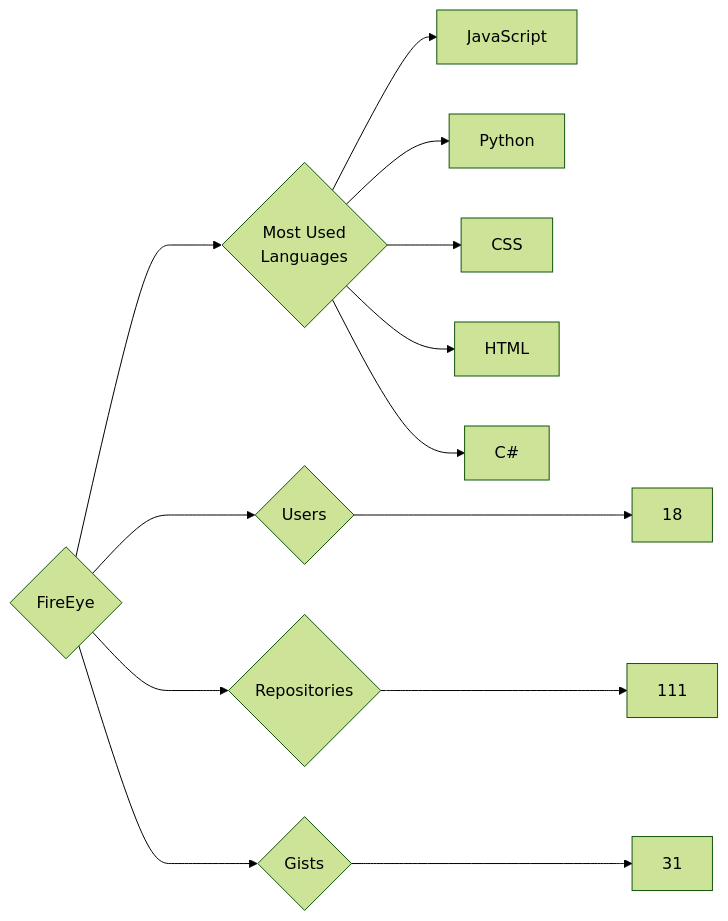
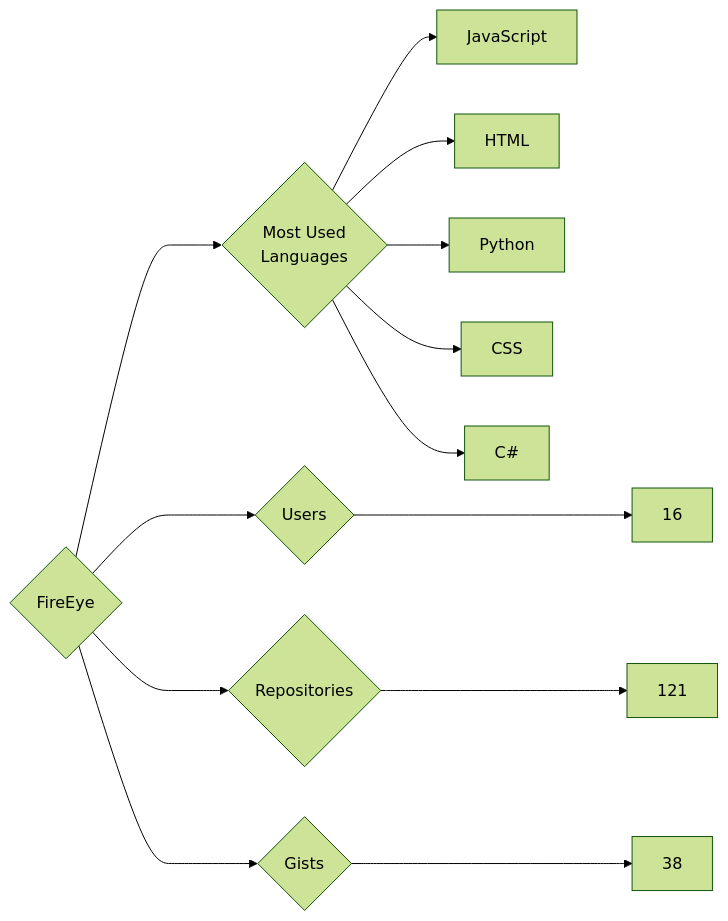
The diagram in targets/FireEye/README.md (trickest/insiders), drawn with Mermaid (forest theme) before and after one commit. The commit also changed 951 other files, not shown here.

````diff
--- a/targets/FireEye/README.md
+++ b/targets/FireEye/README.md
@@ -3,13 +3,13 @@
 ```mermaid
 graph LR
 COMPANY_NAME{FireEye}
-COMPANY_NAME ---> U{Users} ---> UN[18]
-COMPANY_NAME ---> R{Repositories} ---> RN[111]
-COMPANY_NAME ---> G{Gists} ---> GN[31]
+COMPANY_NAME ---> U{Users} ---> UN[16]
+COMPANY_NAME ---> R{Repositories} ---> RN[121]
+COMPANY_NAME ---> G{Gists} ---> GN[38]
 COMPANY_NAME ---> ML{Most Used<br>Languages}
 ML --> JavaScript[JavaScript]
+ML --> HTML[HTML]
 ML --> Python[Python]
 ML --> CSS[CSS]
-ML --> HTML[HTML]
 ML --> C#[C#]
 ```
````
